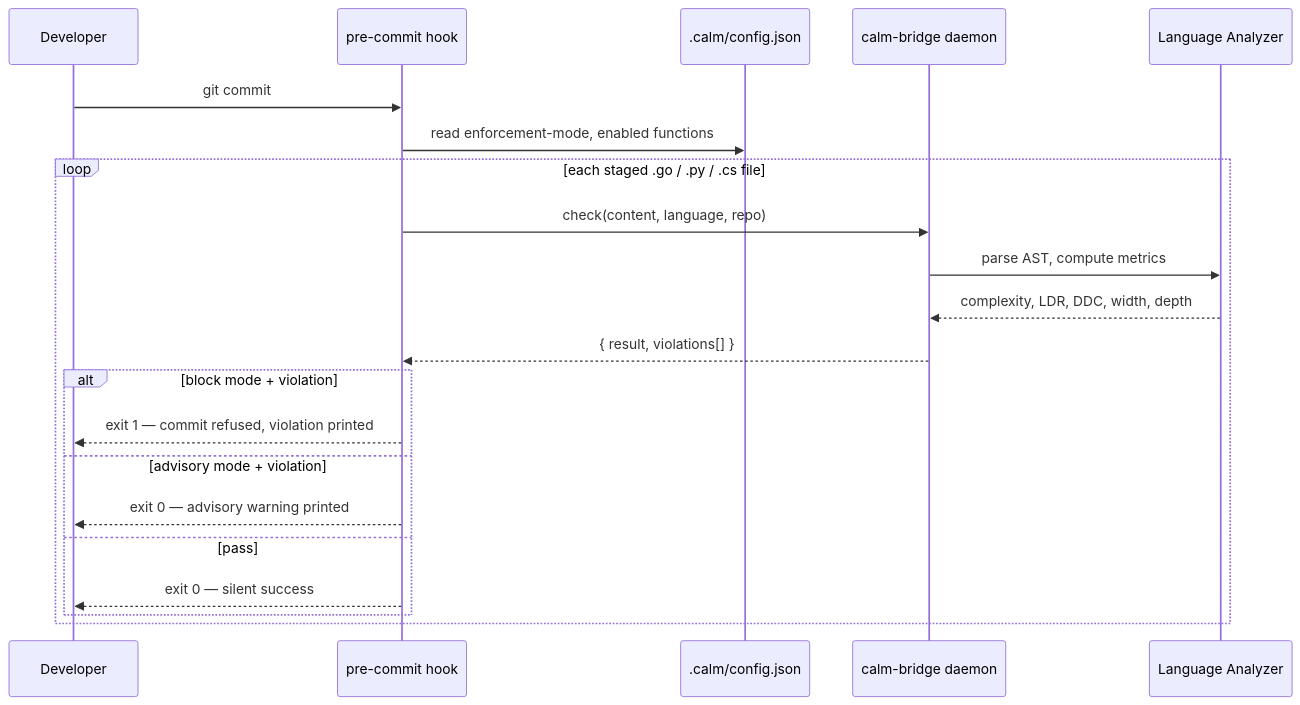
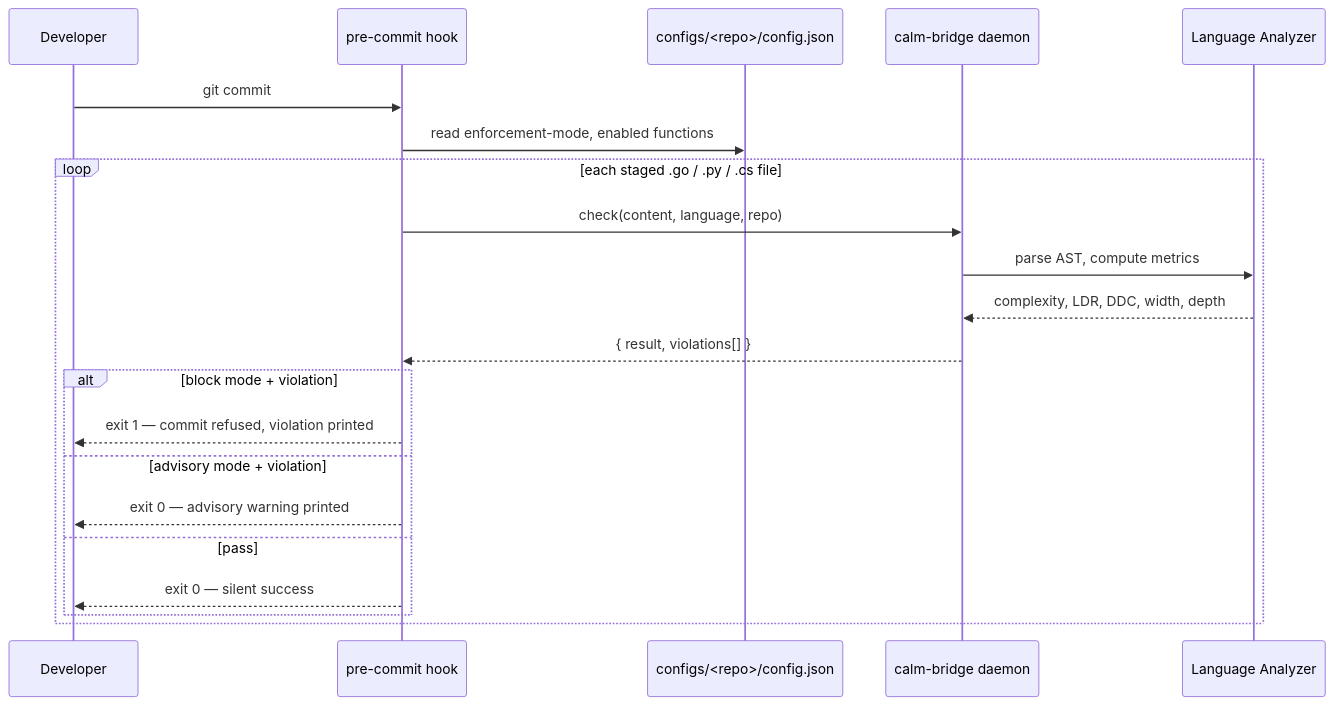
One commit to AvogadroSG1/agent-fitness-functions changed the first of 2 diagrams in CONTEXT.md. Above: the diagram before and after it, drawn with Mermaid. The commit also changed other lines of this file and 32 other files, not shown here.

````diff
--- a/CONTEXT.md
+++ b/CONTEXT.md
@@ -11,24 +11,24 @@
 ```mermaid
 sequenceDiagram
     participant Dev as Developer
     participant Hook as pre-commit hook
-    participant Config as .calm/config.json
+    participant Config as configs/<repo>/config.json
     participant Bridge as calm-bridge daemon
     participant Analyzer as Language Analyzer
 
     Dev->>Hook: git commit
     Hook->>Config: read enforcement-mode, enabled functions
     loop each staged .go / .py / .cs file
         Hook->>Bridge: check(content, language, repo)
         Bridge->>Analyzer: parse AST, compute metrics
         Analyzer-->>Bridge: complexity, LDR, DDC, width, depth
         Bridge-->>Hook: { result, violations[] }
         alt block mode + violation
             Hook-->>Dev: exit 1 — commit refused, violation printed
         else advisory mode + violation
             Hook-->>Dev: exit 0 — advisory warning printed
         else pass
             Hook-->>Dev: exit 0 — silent success
         end
     end
 ```
````
